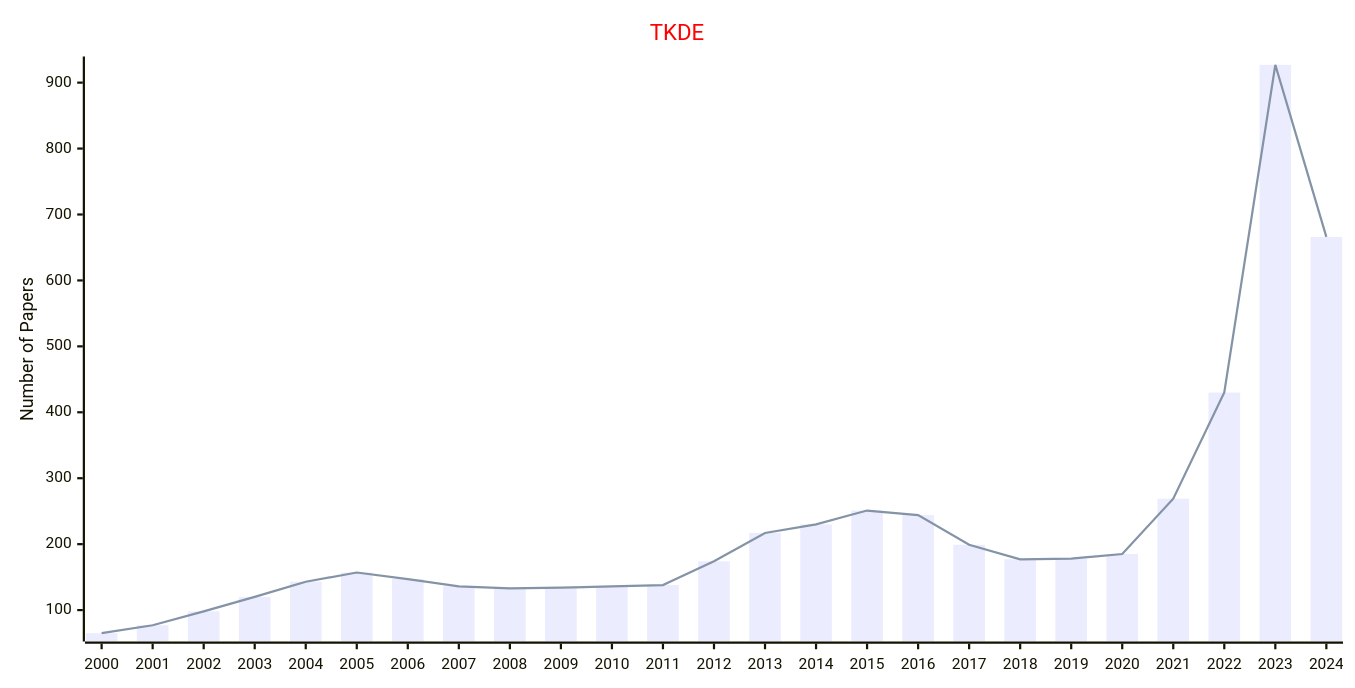
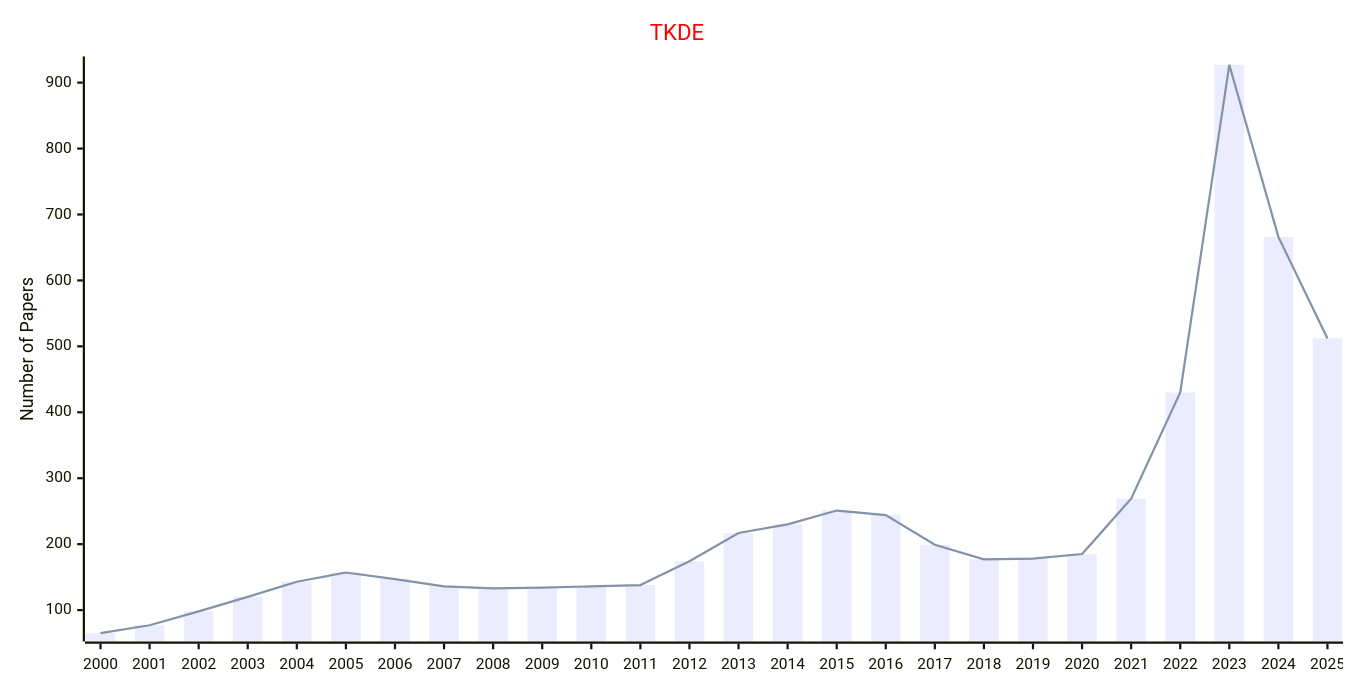
Before and after one commit to Easy-PhD/AILinks: the fourth of 8 diagrams in docs/data/Journals/Statistics_Journals/Data_Mining.md, drawn with Mermaid. The commit also changed other lines of this file and 107 other files, not shown here.

````diff
--- a/docs/data/Journals/Statistics_Journals/Data_Mining.md
+++ b/docs/data/Journals/Statistics_Journals/Data_Mining.md
@@ -81,17 +81,17 @@
 ```mermaid
 ---
 config:
     xyChart:
         width: 1200
         height: 600
     themeVariables:
         xyChart:
             titleColor: "#ff0000"
 ---
 xychart-beta
     title "TKDE"
-    x-axis [2000, 2001, 2002, 2003, 2004, 2005, 2006, 2007, 2008, 2009, 2010, 2011, 2012, 2013, 2014, 2015, 2016, 2017, 2018, 2019, 2020, 2021, 2022, 2023, 2024]
+    x-axis [2000, 2001, 2002, 2003, 2004, 2005, 2006, 2007, 2008, 2009, 2010, 2011, 2012, 2013, 2014, 2015, 2016, 2017, 2018, 2019, 2020, 2021, 2022, 2023, 2024, 2025]
     y-axis "Number of Papers"
-    bar [65, 77, 98, 120, 143, 157, 147, 136, 133, 134, 136, 138, 174, 217, 230, 251, 244, 199, 177, 178, 185, 269, 430, 927, 666]
-    line [65, 77, 98, 120, 143, 157, 147, 136, 133, 134, 136, 138, 174, 217, 230, 251, 244, 199, 177, 178, 185, 269, 430, 927, 666]
+    bar [65, 77, 98, 120, 143, 157, 147, 136, 133, 134, 136, 138, 174, 217, 230, 251, 244, 199, 177, 178, 185, 269, 430, 927, 666, 512]
+    line [65, 77, 98, 120, 143, 157, 147, 136, 133, 134, 136, 138, 174, 217, 230, 251, 244, 199, 177, 178, 185, 269, 430, 927, 666, 512]
 ```
````
